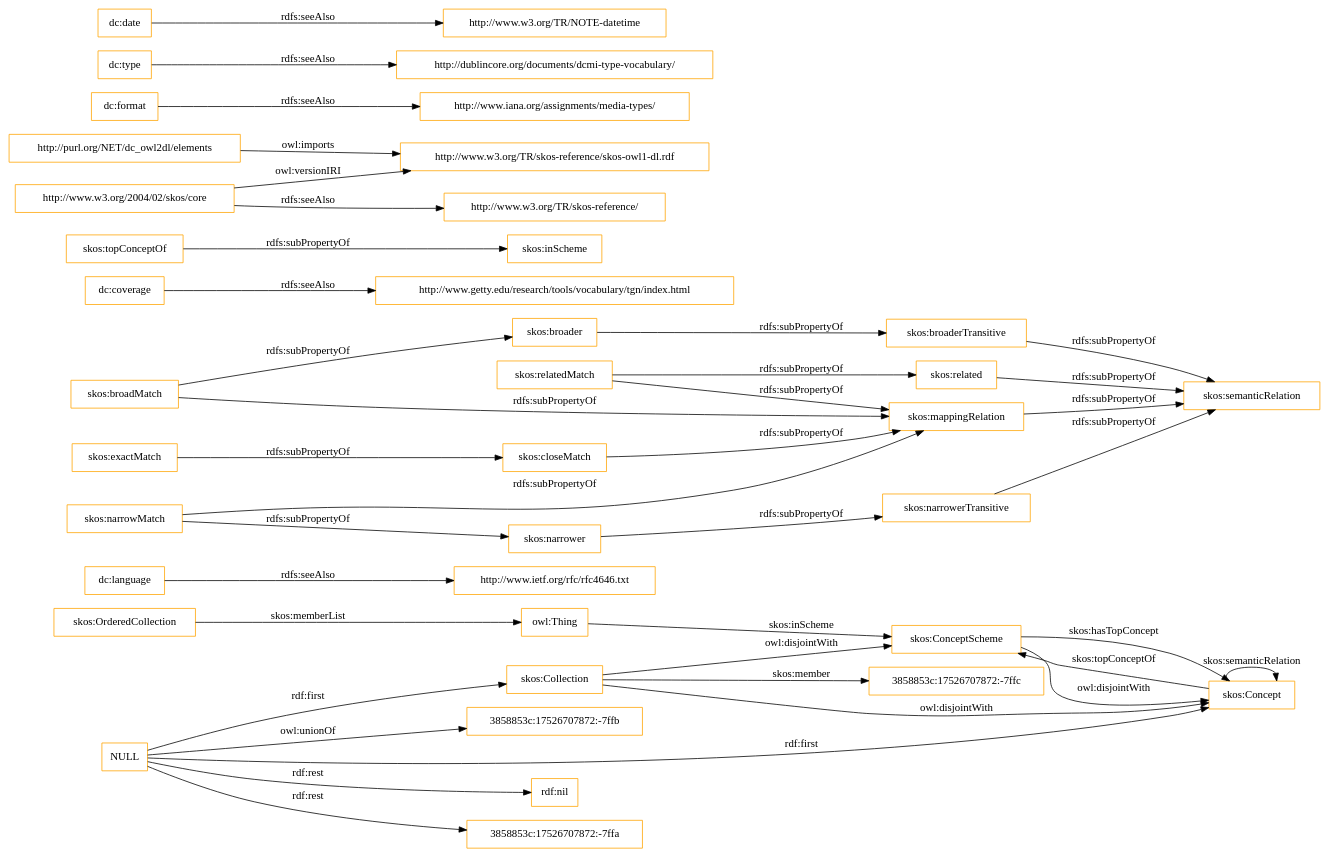
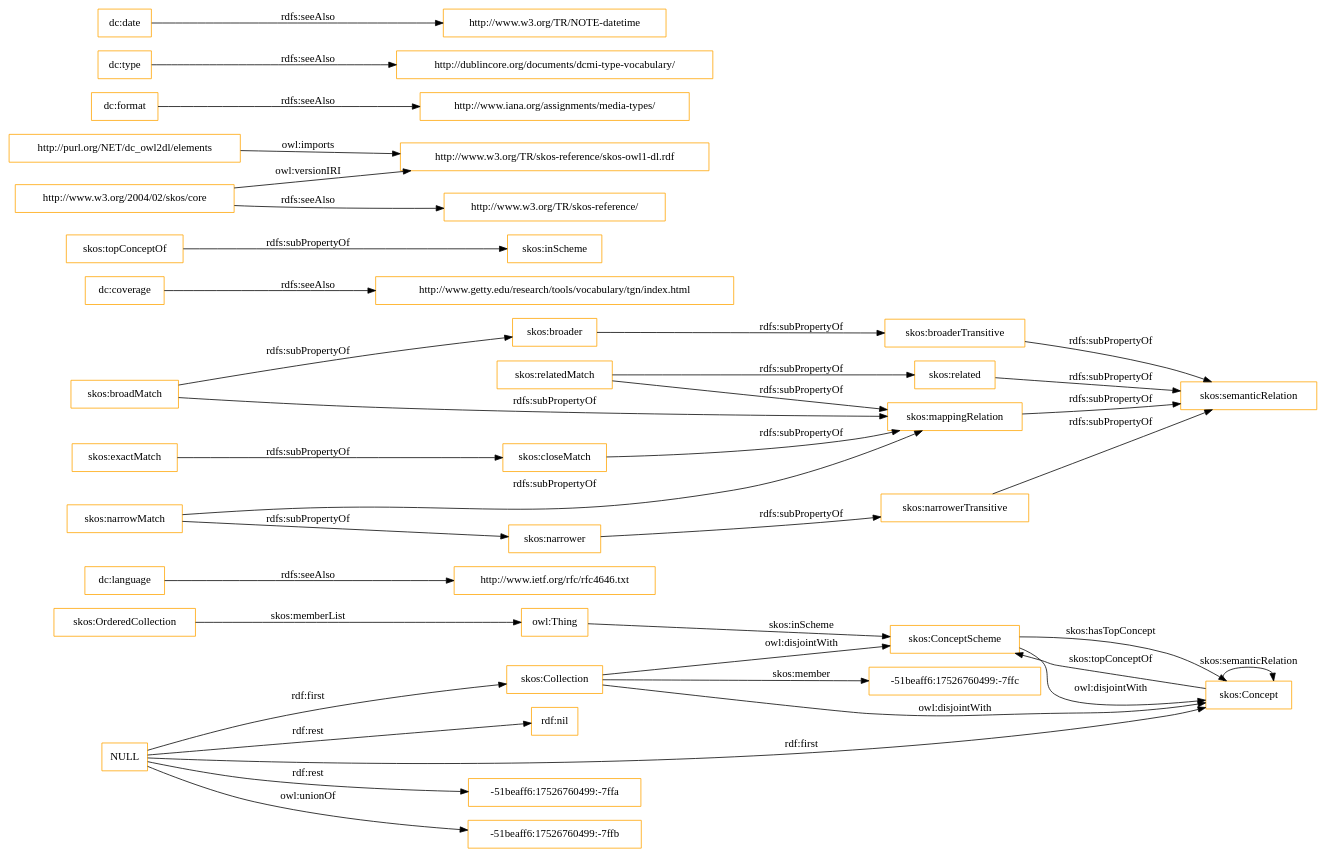
One commit to OnToologyUser/core-ontology-1 changed the diagram in OnToology/imports/elements.owl/diagrams/ar2dtool-class/elements.owl.png.dot. Above: the diagram before and after it, drawn with Graphviz. The commit also changed 14 other files, not shown here.

```diff
--- a/OnToology/imports/elements.owl/diagrams/ar2dtool-class/elements.owl.png.dot
+++ b/OnToology/imports/elements.owl/diagrams/ar2dtool-class/elements.owl.png.dot
@@ -1,43 +1,43 @@
 digraph ar2dtool_diagram { 
 rankdir=LR;
 size="1501"
-node [shape = rectangle, color="orange"]; "3858853c:17526707872:-7ffc" "skos:OrderedCollection" "skos:Collection" "skos:ConceptScheme" "skos:Concept" ; /*classes style*/
+node [shape = rectangle, color="orange"]; "-51beaff6:17526760499:-7ffc" "skos:OrderedCollection" "skos:Collection" "skos:ConceptScheme" "skos:Concept" ; /*classes style*/
 	"dc:language" -> "http://www.ietf.org/rfc/rfc4646.txt" [ label = "rdfs:seeAlso" ];
+	"NULL" -> "-51beaff6:17526760499:-7ffa" [ label = "rdf:rest" ];
+	"NULL" -> "skos:Concept" [ label = "rdf:first" ];
+	"NULL" -> "-51beaff6:17526760499:-7ffb" [ label = "owl:unionOf" ];
 	"NULL" -> "rdf:nil" [ label = "rdf:rest" ];
 	"NULL" -> "skos:Collection" [ label = "rdf:first" ];
-	"NULL" -> "3858853c:17526707872:-7ffa" [ label = "rdf:rest" ];
-	"NULL" -> "skos:Concept" [ label = "rdf:first" ];
-	"NULL" -> "3858853c:17526707872:-7ffb" [ label = "owl:unionOf" ];
 	"skos:closeMatch" -> "skos:mappingRelation" [ label = "rdfs:subPropertyOf" ];
 	"dc:coverage" -> "http://www.getty.edu/research/tools/vocabulary/tgn/index.html" [ label = "rdfs:seeAlso" ];
 	"skos:relatedMatch" -> "skos:related" [ label = "rdfs:subPropertyOf" ];
 	"skos:relatedMatch" -> "skos:mappingRelation" [ label = "rdfs:subPropertyOf" ];
 	"skos:ConceptScheme" -> "skos:Concept" [ label = "owl:disjointWith" ];
 	"skos:related" -> "skos:semanticRelation" [ label = "rdfs:subPropertyOf" ];
 	"skos:topConceptOf" -> "skos:inScheme" [ label = "rdfs:subPropertyOf" ];
 	"skos:broadMatch" -> "skos:broader" [ label = "rdfs:subPropertyOf" ];
 	"skos:broadMatch" -> "skos:mappingRelation" [ label = "rdfs:subPropertyOf" ];
 	"http://purl.org/NET/dc_owl2dl/elements" -> "http://www.w3.org/TR/skos-reference/skos-owl1-dl.rdf" [ label = "owl:imports" ];
 	"skos:exactMatch" -> "skos:closeMatch" [ label = "rdfs:subPropertyOf" ];
 	"dc:format" -> "http://www.iana.org/assignments/media-types/" [ label = "rdfs:seeAlso" ];
 	"skos:broaderTransitive" -> "skos:semanticRelation" [ label = "rdfs:subPropertyOf" ];
 	"dc:type" -> "http://dublincore.org/documents/dcmi-type-vocabulary/" [ label = "rdfs:seeAlso" ];
 	"skos:broader" -> "skos:broaderTransitive" [ label = "rdfs:subPropertyOf" ];
 	"skos:mappingRelation" -> "skos:semanticRelation" [ label = "rdfs:subPropertyOf" ];
 	"http://www.w3.org/2004/02/skos/core" -> "http://www.w3.org/TR/skos-reference/skos-owl1-dl.rdf" [ label = "owl:versionIRI" ];
 	"http://www.w3.org/2004/02/skos/core" -> "http://www.w3.org/TR/skos-reference/" [ label = "rdfs:seeAlso" ];
 	"skos:Collection" -> "skos:ConceptScheme" [ label = "owl:disjointWith" ];
 	"skos:Collection" -> "skos:Concept" [ label = "owl:disjointWith" ];
 	"skos:narrowMatch" -> "skos:narrower" [ label = "rdfs:subPropertyOf" ];
 	"skos:narrowMatch" -> "skos:mappingRelation" [ label = "rdfs:subPropertyOf" ];
 	"skos:narrower" -> "skos:narrowerTransitive" [ label = "rdfs:subPropertyOf" ];
 	"dc:date" -> "http://www.w3.org/TR/NOTE-datetime" [ label = "rdfs:seeAlso" ];
 	"skos:narrowerTransitive" -> "skos:semanticRelation" [ label = "rdfs:subPropertyOf" ];
 	"skos:OrderedCollection" -> "owl:Thing" [ label = "skos:memberList" ];
 	"skos:Concept" -> "skos:ConceptScheme" [ label = "skos:topConceptOf" ];
 	"skos:Concept" -> "skos:Concept" [ label = "skos:semanticRelation" ];
-	"skos:Collection" -> "3858853c:17526707872:-7ffc" [ label = "skos:member" ];
+	"skos:Collection" -> "-51beaff6:17526760499:-7ffc" [ label = "skos:member" ];
 	"skos:ConceptScheme" -> "skos:Concept" [ label = "skos:hasTopConcept" ];
 	"owl:Thing" -> "skos:ConceptScheme" [ label = "skos:inScheme" ];
 
 }
```
